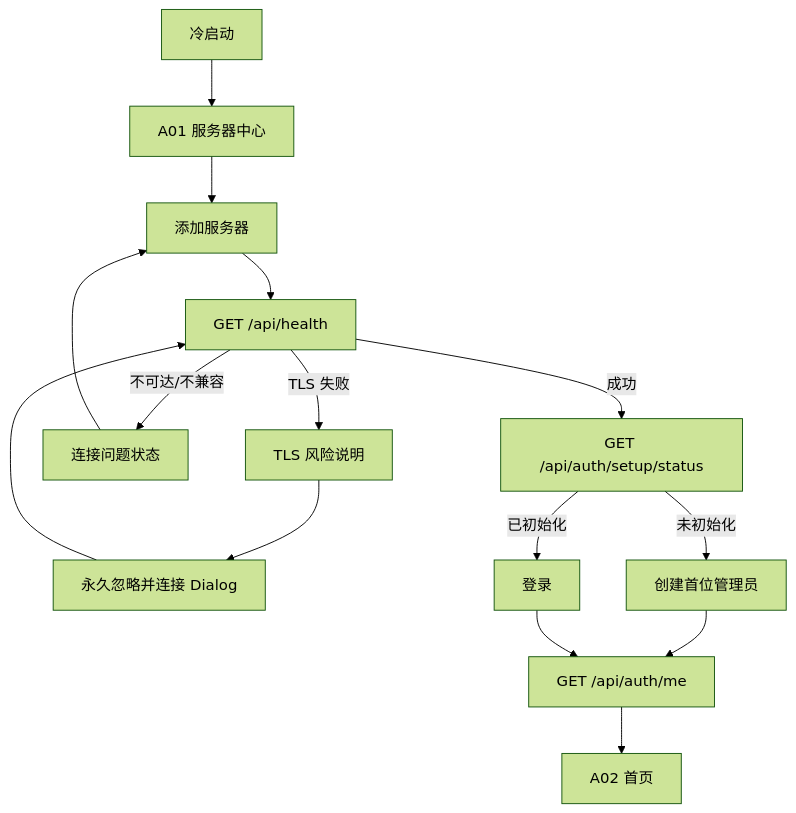
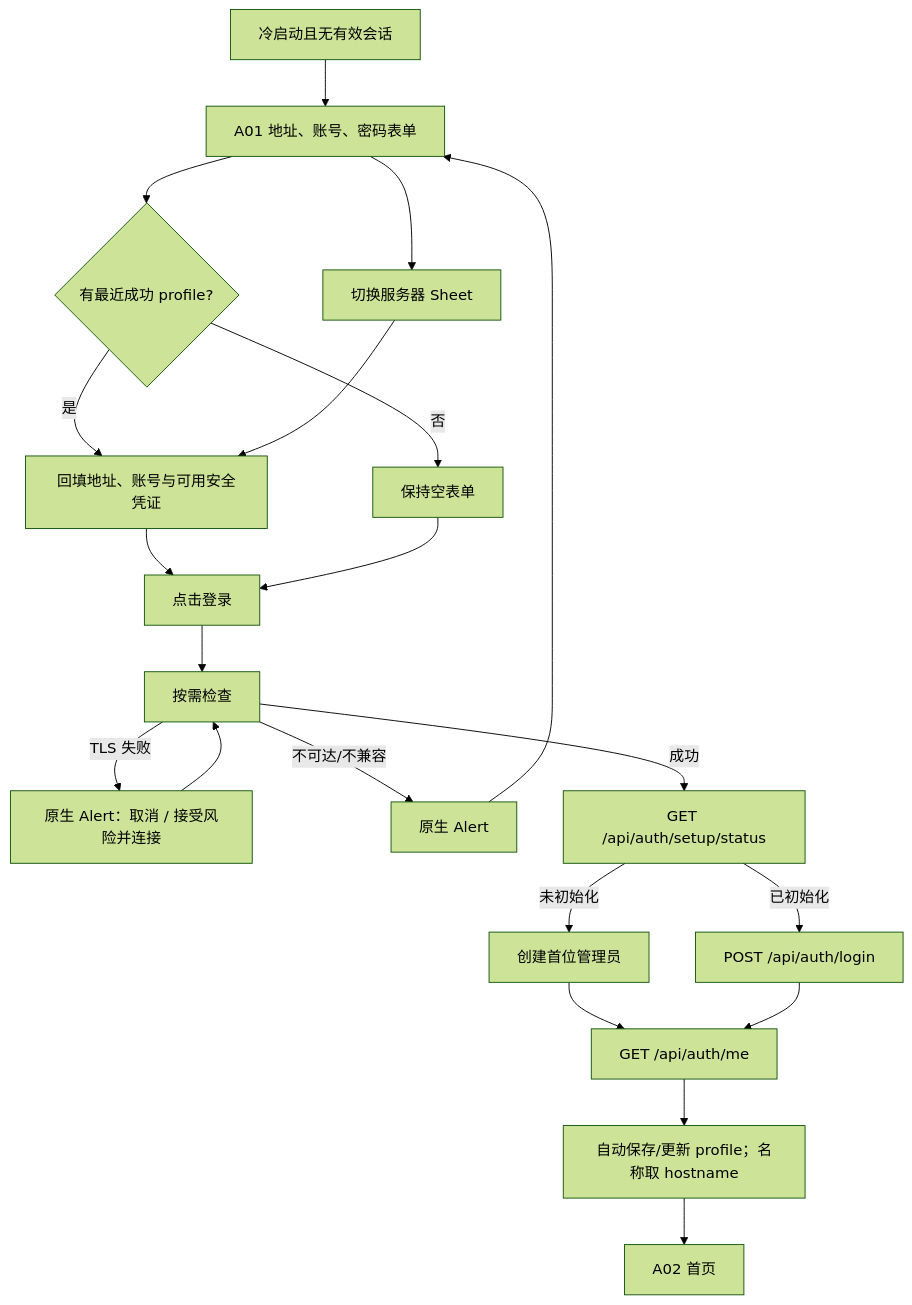
One commit to GMD170629/ermao-library changed the first of 7 diagrams in docs/mobile-app-phase-3-user-flows-and-wireframes.md. Above: the diagram before and after it, drawn with Mermaid (forest theme). The commit also changed other lines of this file and 483 other files, not shown here.

Commit message:
feat: expand native mobile settings and library flows

````diff
--- a/docs/mobile-app-phase-3-user-flows-and-wireframes.md
+++ b/docs/mobile-app-phase-3-user-flows-and-wireframes.md
@@ -97,17 +97,23 @@
 ```mermaid
 flowchart TD
-    Launch["冷启动"] --> Profiles["A01 服务器中心"]
-    Profiles --> Add["添加服务器"]
-    Add --> Health["GET /api/health"]
-    Health -- "TLS 失败" --> TLS["TLS 风险说明"]
-    TLS --> Confirm["永久忽略并连接 Dialog"]
-    Confirm --> Health
-    Health -- "不可达/不兼容" --> Problem["连接问题状态"]
-    Problem --> Add
+    Launch["冷启动且无有效会话"] --> Form["A01 地址、账号、密码表单"]
+    Form --> Restore{"有最近成功 profile?"}
+    Restore -- "是" --> Prefill["回填地址、账号与可用安全凭证"]
+    Restore -- "否" --> Empty["保持空表单"]
+    Prefill --> LoginIntent["点击登录"]
+    Empty --> LoginIntent
+    Form --> Switch["切换服务器 Sheet"]
+    Switch --> Prefill
+    LoginIntent --> Health["按需检查"]
+    Health -- "TLS 失败" --> TLS["原生 Alert：取消 / 接受风险并连接"]
+    TLS --> Health
+    Health -- "不可达/不兼容" --> Problem["原生 Alert"]
+    Problem --> Form
     Health -- "成功" --> SetupStatus["GET /api/auth/setup/status"]
     SetupStatus -- "未初始化" --> Setup["创建首位管理员"]
-    SetupStatus -- "已初始化" --> Login["登录"]
+    SetupStatus -- "已初始化" --> Login["POST /api/auth/login"]
     Setup --> Me["GET /api/auth/me"]
     Login --> Me
-    Me --> Home["A02 首页"]
+    Me --> Save["自动保存/更新 profile；名称取 hostname"]
+    Save --> Home["A02 首页"]
 ```
````
